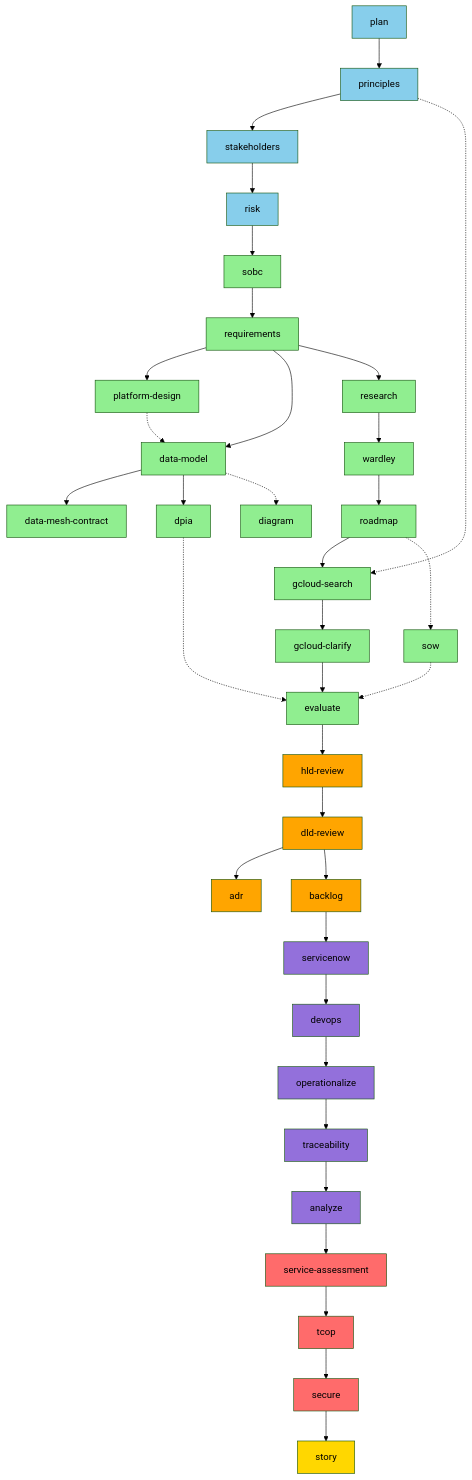
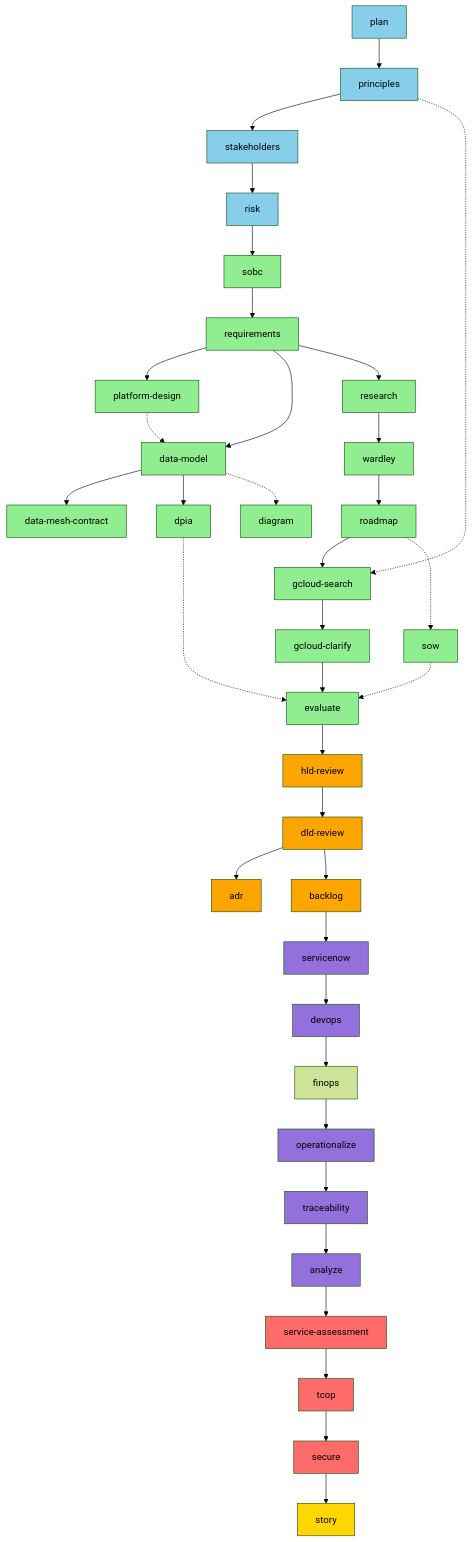
One commit to tractorjuice/arc-kit changed the second of 9 diagrams in WORKFLOW-DIAGRAMS.md. Above: the diagram before and after it, drawn with Mermaid (forest theme). The commit also changed other lines of this file and 3 other files, not shown here.

```diff
--- a/WORKFLOW-DIAGRAMS.md
+++ b/WORKFLOW-DIAGRAMS.md
@@ -143,7 +144,8 @@
     %% Tier 8-9: Operations & Quality
     U --> W[servicenow]
     W --> W1[devops]
-    W1 --> W2[operationalize]
+    W1 --> W1a[finops]
+    W1a --> W2[operationalize]
     W2 --> X[traceability]
     X --> Y[analyze]
 
```
